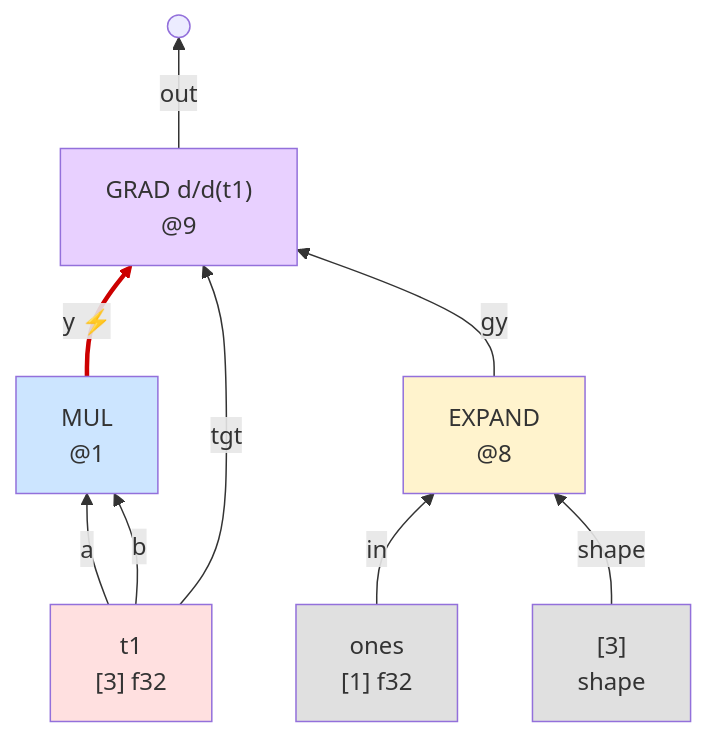
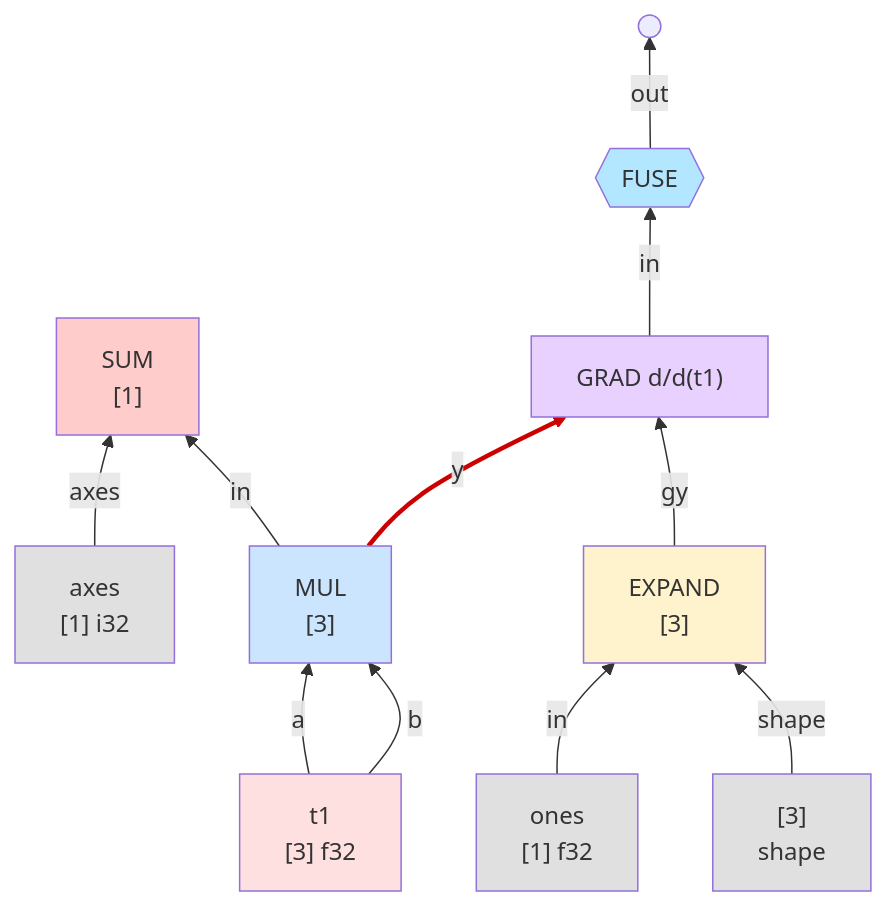
Before and after one commit to sw1sh/TinyHVM: the second of 3 diagrams in docs/step_graph_ic_goal.md, drawn with Mermaid. The commit also changed other lines of this file and 50 other files, not shown here.

First line of the commit message:
grad: 2-slot GRAD cell + HVM4-style commute for SUM/MUL

````diff
--- a/docs/step_graph_ic_goal.md
+++ b/docs/step_graph_ic_goal.md
@@ -100,24 +110,31 @@
 ```mermaid
 flowchart BT
     t1["t1<br/>[3] f32"]:::ten
+    axes["axes<br/>[1] i32"]:::meta
     ones["ones<br/>[1] f32"]:::meta
     shape3["[3]<br/>shape"]:::meta
-    MUL["MUL<br/>@1"]:::ew
-    EXPAND["EXPAND<br/>@8"]:::view
-    GRAD["GRAD d/d(t1)<br/>@9"]:::grad
+    MUL["MUL<br/>[3]"]:::ew
+    SUM["SUM<br/>[1]"]:::red
+    EXPAND["EXPAND<br/>[3]"]:::view
+    GRAD["GRAD d/d(t1)"]:::grad
+    FUSE{{FUSE}}:::fuse
     out(( ))
     t1 -->|a| MUL
     t1 -->|b| MUL
+    MUL -->|in| SUM
+    axes -->|axes| SUM
     ones -->|in| EXPAND
     shape3 -->|shape| EXPAND
-    MUL -->|"y ⚡"| GRAD
+    MUL -->|y| GRAD
     EXPAND -->|gy| GRAD
-    t1 -->|tgt| GRAD
-    GRAD -->|out| out
-    linkStyle 4 stroke:#cc0000,stroke-width:3px
+    GRAD -->|in| FUSE
+    FUSE -->|out| out
+    linkStyle 6 stroke:#cc0000,stroke-width:3px
     classDef ten fill:#ffe0e0
     classDef meta fill:#e0e0e0
     classDef ew fill:#cce5ff
+    classDef red fill:#ffcccc
     classDef view fill:#fff3cd
     classDef grad fill:#e8d0ff
+    classDef fuse fill:#b3e6ff
 ```
````
